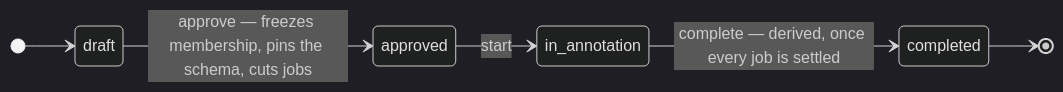
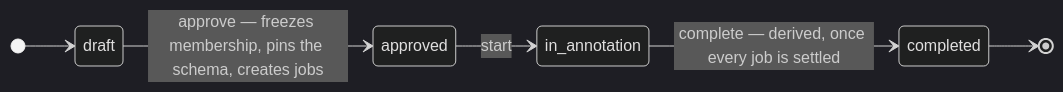
One commit to Robomous/VisionSet changed the second of 3 diagrams in docs/content/architecture/cross-cutting.md. Above: the diagram before and after it, drawn with Mermaid (dark theme). The commit also changed other lines of this file and 49 other files, not shown here.

````diff
--- a/docs/content/architecture/cross-cutting.md
+++ b/docs/content/architecture/cross-cutting.md
@@ -119,9 +114,9 @@
 ```mermaid
 stateDiagram-v2
     direction LR
     [*] --> draft
-    draft --> approved: approve — freezes membership, pins the schema, cuts jobs
+    draft --> approved: approve — freezes membership, pins the schema, creates jobs
     approved --> in_annotation: start
     in_annotation --> completed: complete — derived, once every job is settled
     completed --> [*]
 ```
````
